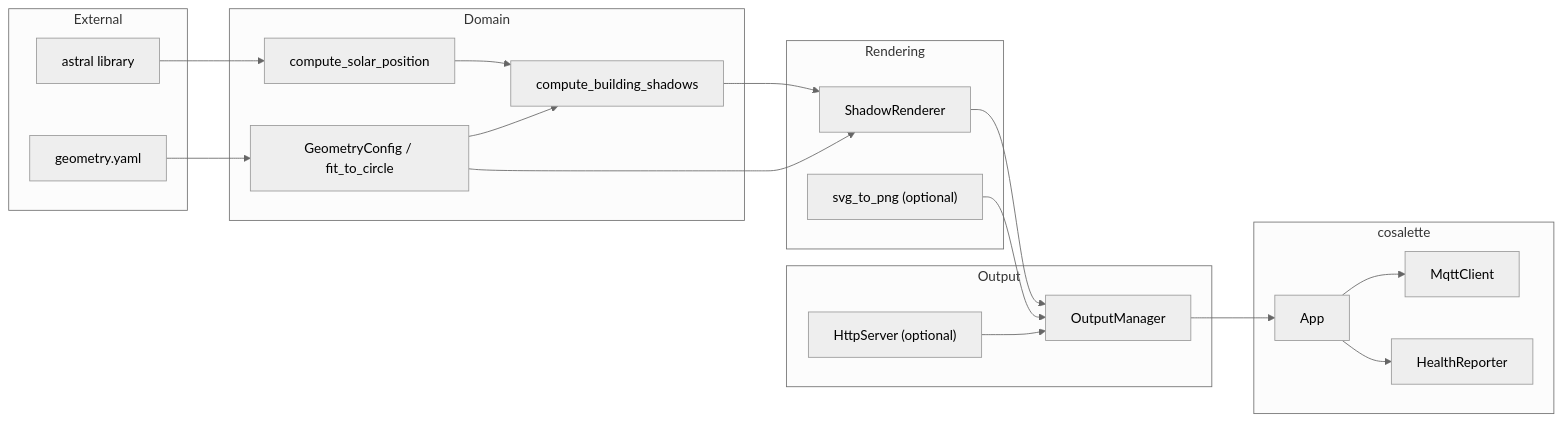
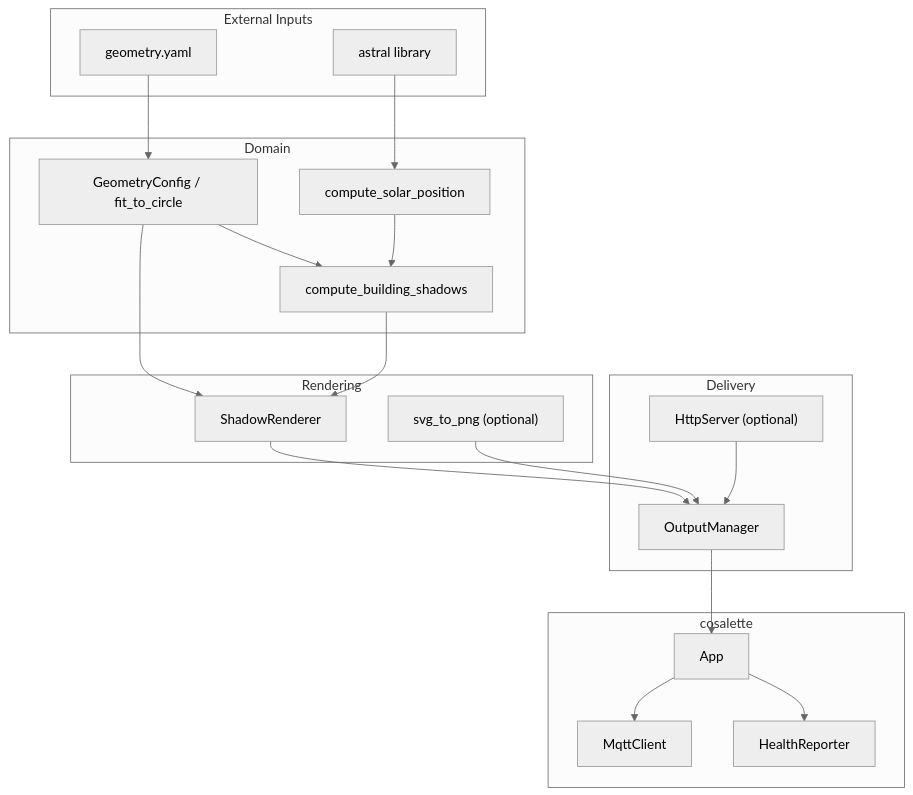
Before and after one commit to ff-fab/cosalette-apps: the first of 2 diagrams in apps/suncast/docs/architecture.md, drawn with Mermaid (neutral theme). The commit also changed other lines of this file and 23 other files, not shown here.

````diff
--- a/apps/suncast/docs/architecture.md
+++ b/apps/suncast/docs/architecture.md
@@ -12,42 +55,42 @@
 ```mermaid
-graph LR
-    subgraph External
-        ASTRAL[astral library]
-        YAML[geometry.yaml]
-    end
+graph TD
+  subgraph External Inputs
+    YAML[geometry.yaml]
+    ASTRAL[astral library]
+  end
 
-    subgraph Domain
-        SOLAR[compute_solar_position]
-        SHADOW[compute_building_shadows]
-        GEOM["GeometryConfig / fit_to_circle"]
-    end
+  subgraph Domain
+    GEOM["GeometryConfig / fit_to_circle"]
+    SOLAR[compute_solar_position]
+    SHADOW[compute_building_shadows]
+  end
 
-    subgraph Rendering
-        RENDERER[ShadowRenderer]
-        RASTER["svg_to_png (optional)"]
-    end
+  subgraph Rendering
+    RENDERER[ShadowRenderer]
+    RASTER["svg_to_png (optional)"]
+  end
 
-    subgraph Output
-        OUTPUT[OutputManager]
-        HTTP["HttpServer (optional)"]
-    end
+  subgraph Delivery
+    OUTPUT[OutputManager]
+    HTTP["HttpServer (optional)"]
+  end
 
-    subgraph cosalette
-        APP[App]
-        MQTT[MqttClient]
-        HR[HealthReporter]
-    end
+  subgraph cosalette
+    APP[App]
+    MQTT[MqttClient]
+    HR[HealthReporter]
+  end
 
-    YAML --> GEOM
-    ASTRAL --> SOLAR
-    SOLAR --> SHADOW
-    GEOM --> SHADOW
-    SHADOW --> RENDERER
-    GEOM --> RENDERER
-    RENDERER --> OUTPUT
-    RASTER --> OUTPUT
-    OUTPUT --> APP
-    APP --> MQTT
-    APP --> HR
-    HTTP --> OUTPUT
+  YAML --> GEOM
+  ASTRAL --> SOLAR
+  GEOM --> SHADOW
+  SOLAR --> SHADOW
+  GEOM --> RENDERER
+  SHADOW --> RENDERER
+  RENDERER --> OUTPUT
+  RASTER --> OUTPUT
+  HTTP --> OUTPUT
+  OUTPUT --> APP
+  APP --> MQTT
+  APP --> HR
 ```
````
